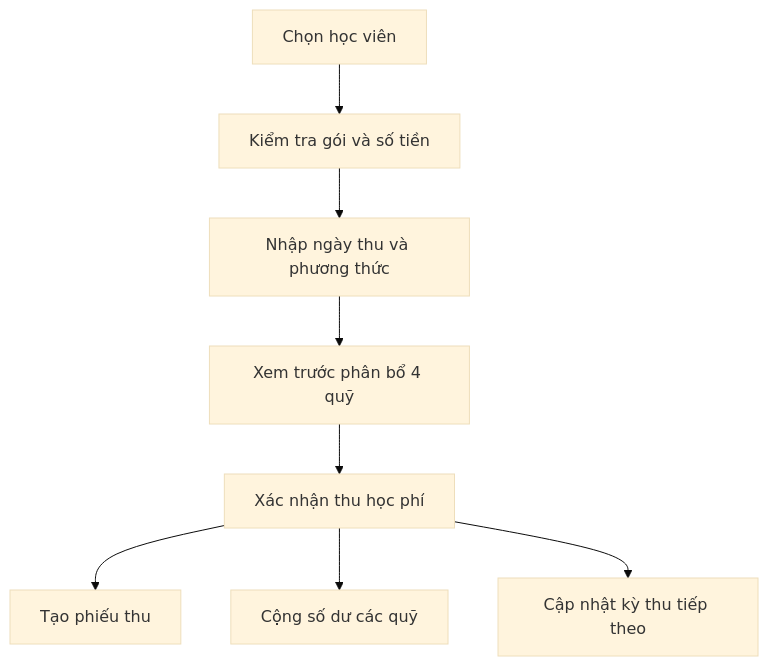
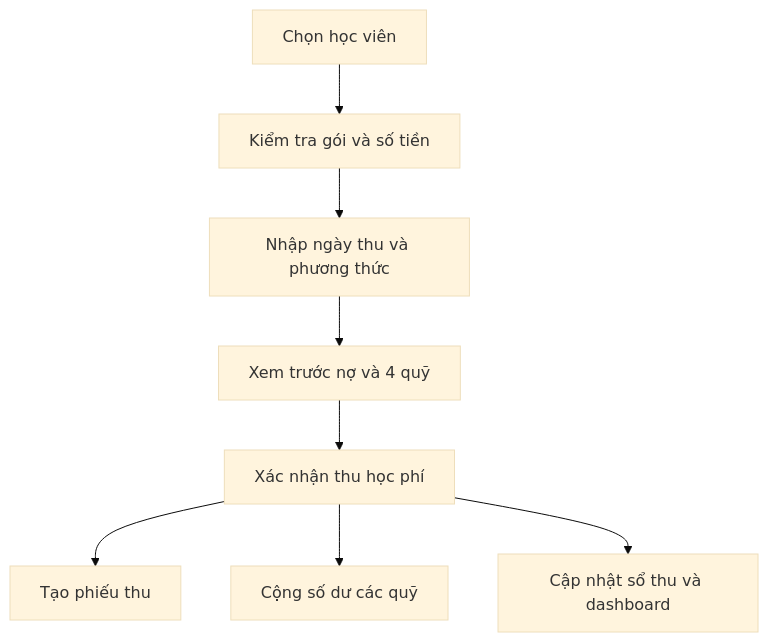
One commit to bietdoitinhnhue/diemtrinh changed the diagram in PRODUCT_SPEC.md. Above: the diagram before and after it, drawn with Mermaid (base theme). The commit also changed other lines of this file and 4 other files, not shown here.

````diff
--- a/PRODUCT_SPEC.md
+++ b/PRODUCT_SPEC.md
@@ -69,10 +80,10 @@
 ```mermaid
 flowchart TD
     A[Chọn học viên] --> B[Kiểm tra gói và số tiền]
     B --> C[Nhập ngày thu và phương thức]
-    C --> D[Xem trước phân bổ 4 quỹ]
+    C --> D[Xem trước nợ và 4 quỹ]
     D --> E[Xác nhận thu học phí]
     E --> F[Tạo phiếu thu]
     E --> G[Cộng số dư các quỹ]
-    E --> H[Cập nhật kỳ thu tiếp theo]
+    E --> H[Cập nhật sổ thu và dashboard]
 ```
````
